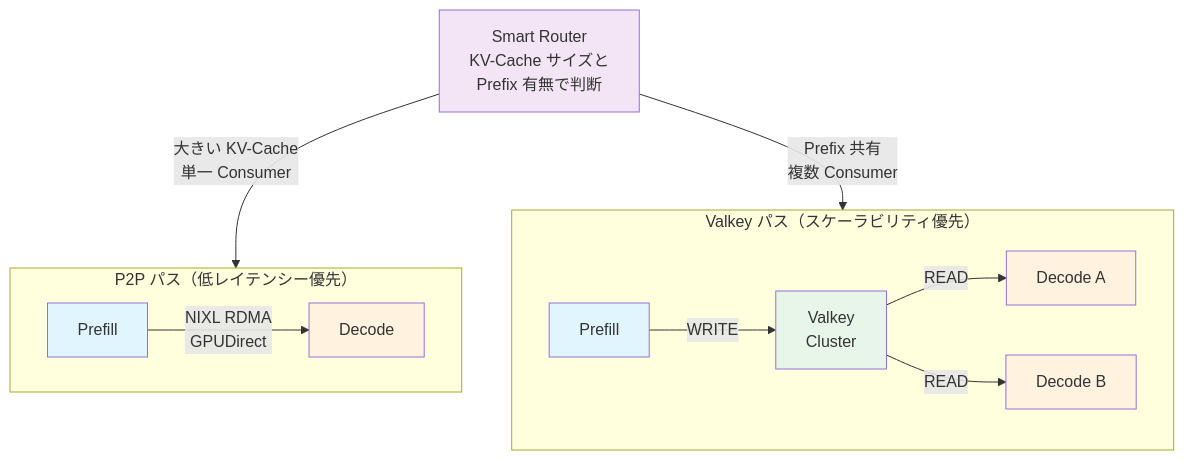
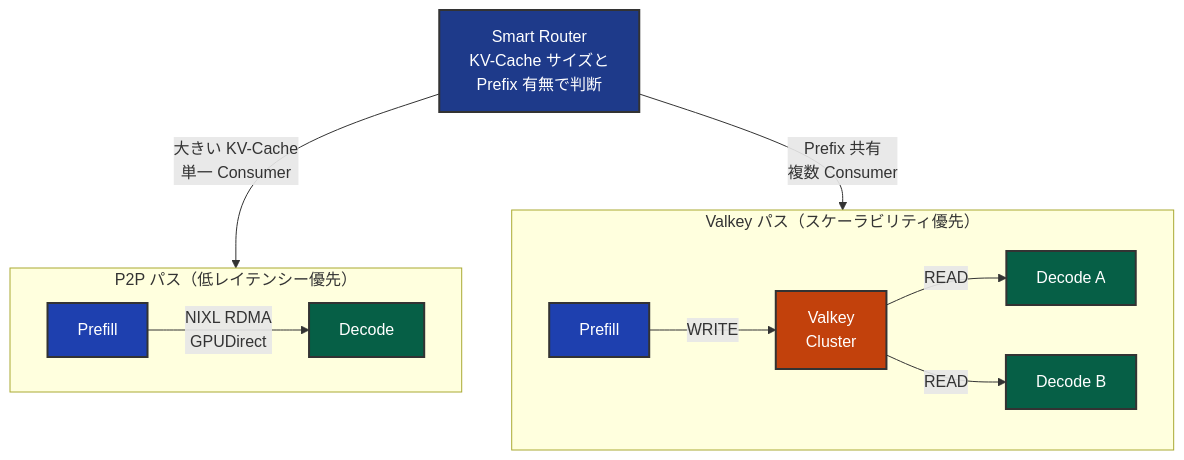
Before and after one commit to littlemex/zenn: diagram 15 of 15 in articles/3dd524130320d3.md, drawn with Mermaid. The commit also changed other lines of this file, not shown here.

````diff
--- a/articles/3dd524130320d3.md
+++ b/articles/3dd524130320d3.md
@@ -805,25 +836,25 @@
 ```mermaid
 graph TB
     Router["Smart Router<br/>KV-Cache サイズと<br/>Prefix 有無で判断"]
 
     subgraph P2P_Path["P2P パス（低レイテンシー優先）"]
         P1[Prefill] -->|"NIXL RDMA<br/>GPUDirect"| D1[Decode]
     end
 
     subgraph Valkey_Path["Valkey パス（スケーラビリティ優先）"]
         P2[Prefill] -->|"WRITE"| VK[Valkey<br/>Cluster]
         VK -->|"READ"| D2[Decode A]
         VK -->|"READ"| D3[Decode B]
     end
 
     Router -->|"大きい KV-Cache<br/>単一 Consumer"| P2P_Path
     Router -->|"Prefix 共有<br/>複数 Consumer"| Valkey_Path
 
-    style Router fill: #f3e5f5
-    style VK fill: #e8f5e9
-    style P1 fill: #e1f5fe
-    style D1 fill: #fff3e0
-    style P2 fill: #e1f5fe
-    style D2 fill: #fff3e0
-    style D3 fill: #fff3e0
+    style Router fill: #1e3a8a,stroke: #333,stroke-width:2px,color: #fff
+    style VK fill: #c2410c,stroke: #333,stroke-width:2px,color: #fff
+    style P1 fill: #1e40af,stroke: #333,stroke-width:2px,color: #fff
+    style D1 fill: #065f46,stroke: #333,stroke-width:2px,color: #fff
+    style P2 fill: #1e40af,stroke: #333,stroke-width:2px,color: #fff
+    style D2 fill: #065f46,stroke: #333,stroke-width:2px,color: #fff
+    style D3 fill: #065f46,stroke: #333,stroke-width:2px,color: #fff
 ```
````
